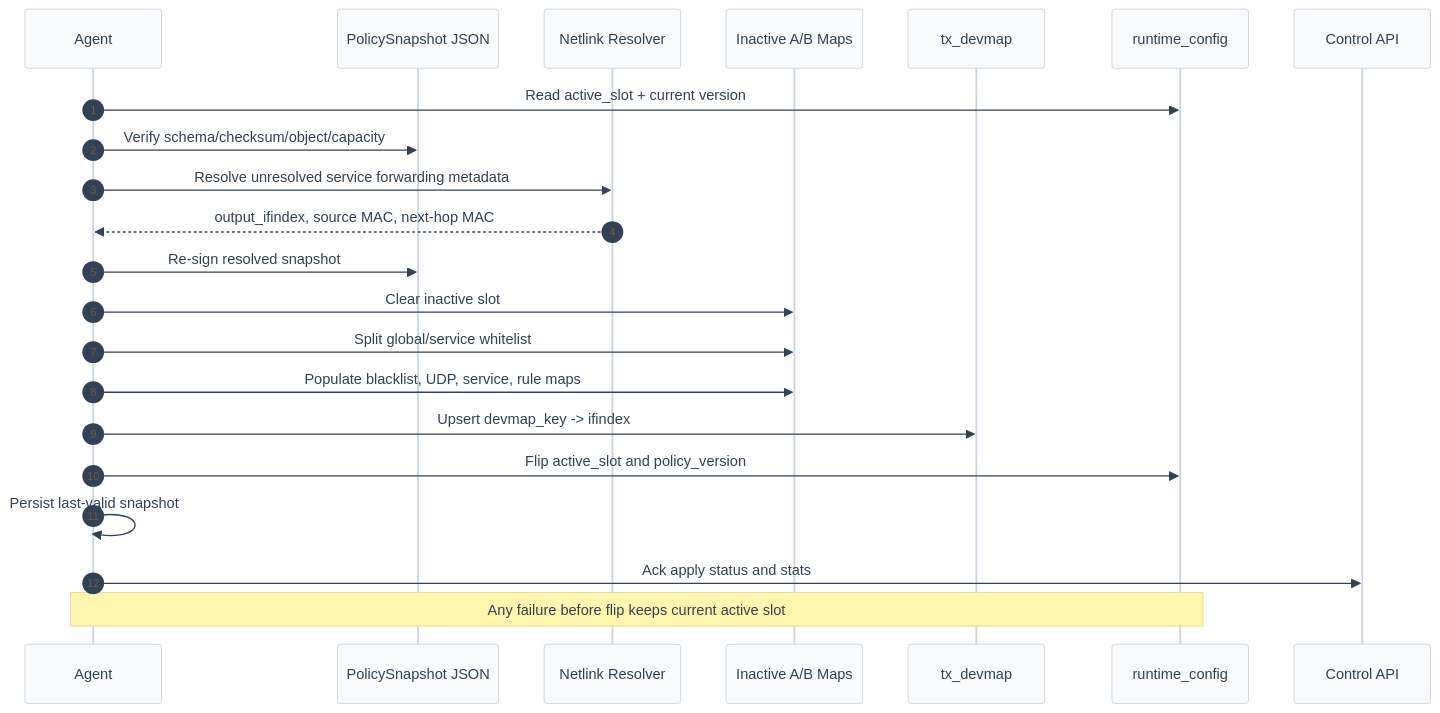
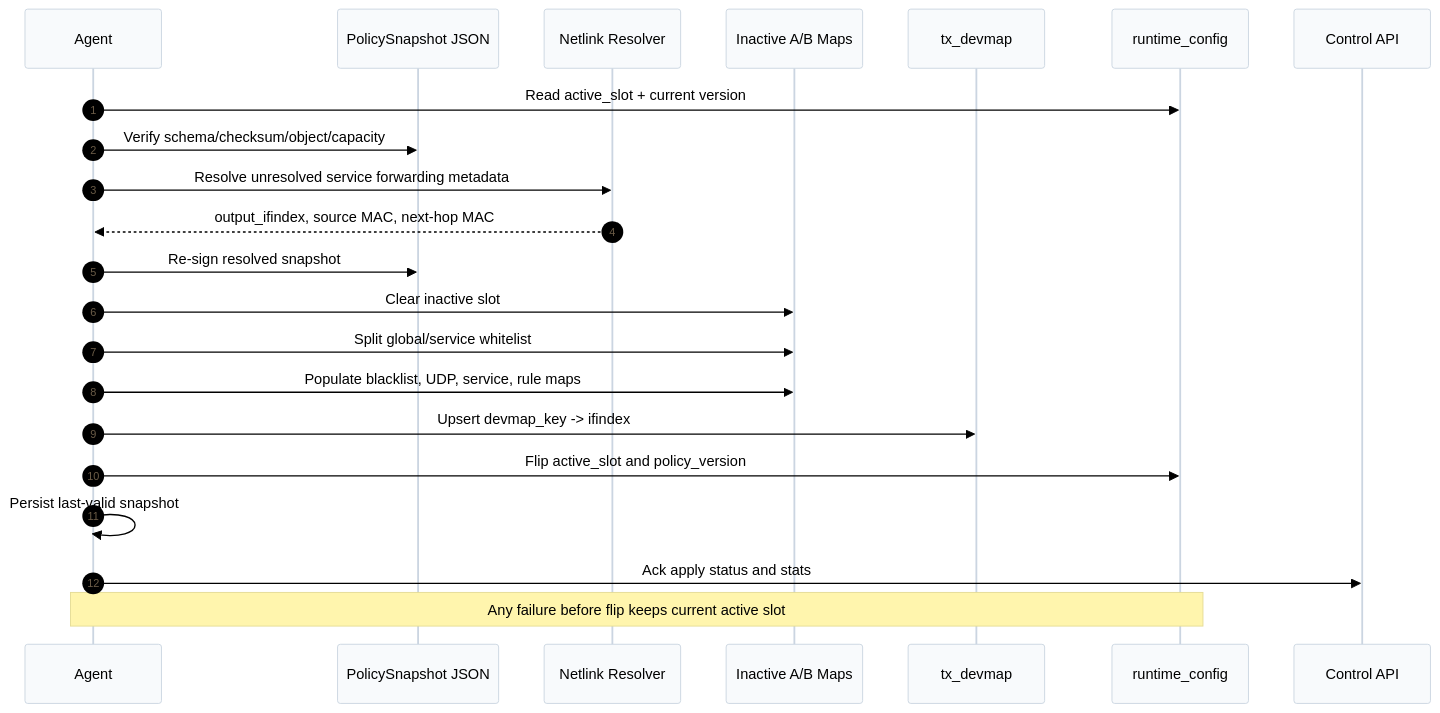
Before and after one commit to ken9xkyo/anti-ddos: the diagram in docs/diagrams/low-level-design/policy-apply-ab-slot.mmd, drawn with Mermaid. The commit also changed 8 other files, not shown here.

Commit message:
Update diagram

```diff
--- a/docs/diagrams/low-level-design/policy-apply-ab-slot.mmd
+++ b/docs/diagrams/low-level-design/policy-apply-ab-slot.mmd
@@ -1,24 +1,24 @@
-%%{init: {'theme': 'base', 'themeVariables': {'primaryColor': '#4f46e5', 'primaryTextColor': '#ffffff', 'primaryBorderColor': '#3730a3', 'lineColor': '#94a3b8', 'secondaryColor': '#10b981', 'tertiaryColor': '#f59e0b', 'background': '#ffffff', 'mainBkg': '#f8fafc', 'nodeBorder': '#cbd5e1', 'clusterBkg': '#f1f5f9', 'clusterBorder': '#e2e8f0', 'titleColor': '#1e293b', 'edgeLabelBackground': '#ffffff', 'textColor': '#334155', 'actorTextColor': '#334155', 'actorBkg': '#f8fafc', 'actorBorder': '#cbd5e1', 'participantTextColor': '#334155', 'participantBkg': '#f8fafc', 'participantBorder': '#cbd5e1', 'labelTextColor': '#334155', 'loopTextColor': '#334155', 'noteTextColor': '#334155'}}}%%
+%%{init: {'theme': 'base', 'themeVariables': {'primaryColor': '#4f46e5', 'primaryTextColor': '#000000', 'primaryBorderColor': '#3730a3', 'lineColor': '#94a3b8', 'secondaryColor': '#10b981', 'tertiaryColor': '#f59e0b', 'background': '#ffffff', 'mainBkg': '#f8fafc', 'nodeBorder': '#cbd5e1', 'clusterBkg': '#f1f5f9', 'clusterBorder': '#e2e8f0', 'titleColor': '#000000', 'edgeLabelBackground': '#ffffff', 'textColor': '#000000', 'nodeTextColor': '#000000', 'actorTextColor': '#000000', 'actorBkg': '#f8fafc', 'actorBorder': '#cbd5e1', 'participantTextColor': '#000000', 'participantBkg': '#f8fafc', 'participantBorder': '#cbd5e1', 'labelTextColor': '#000000', 'loopTextColor': '#000000', 'noteTextColor': '#000000'}}}%%
 sequenceDiagram
     autonumber
     participant Agent
     participant Snapshot as PolicySnapshot JSON
     participant Resolver as Netlink Resolver
     participant Maps as Inactive A/B Maps
     participant Devmap as tx_devmap
     participant Runtime as runtime_config
     participant Control as Control API
 
     Agent->>Runtime: Read active_slot + current version
     Agent->>Snapshot: Verify schema/checksum/object/capacity
     Agent->>Resolver: Resolve unresolved service forwarding metadata
     Resolver-->>Agent: output_ifindex, source MAC, next-hop MAC
     Agent->>Snapshot: Re-sign resolved snapshot
     Agent->>Maps: Clear inactive slot
     Agent->>Maps: Split global/service whitelist
     Agent->>Maps: Populate blacklist, UDP, service, rule maps
     Agent->>Devmap: Upsert devmap_key -> ifindex
     Agent->>Runtime: Flip active_slot and policy_version
     Agent->>Agent: Persist last-valid snapshot
     Agent->>Control: Ack apply status and stats
     Note over Agent,Runtime: Any failure before flip keeps current active slot
```
